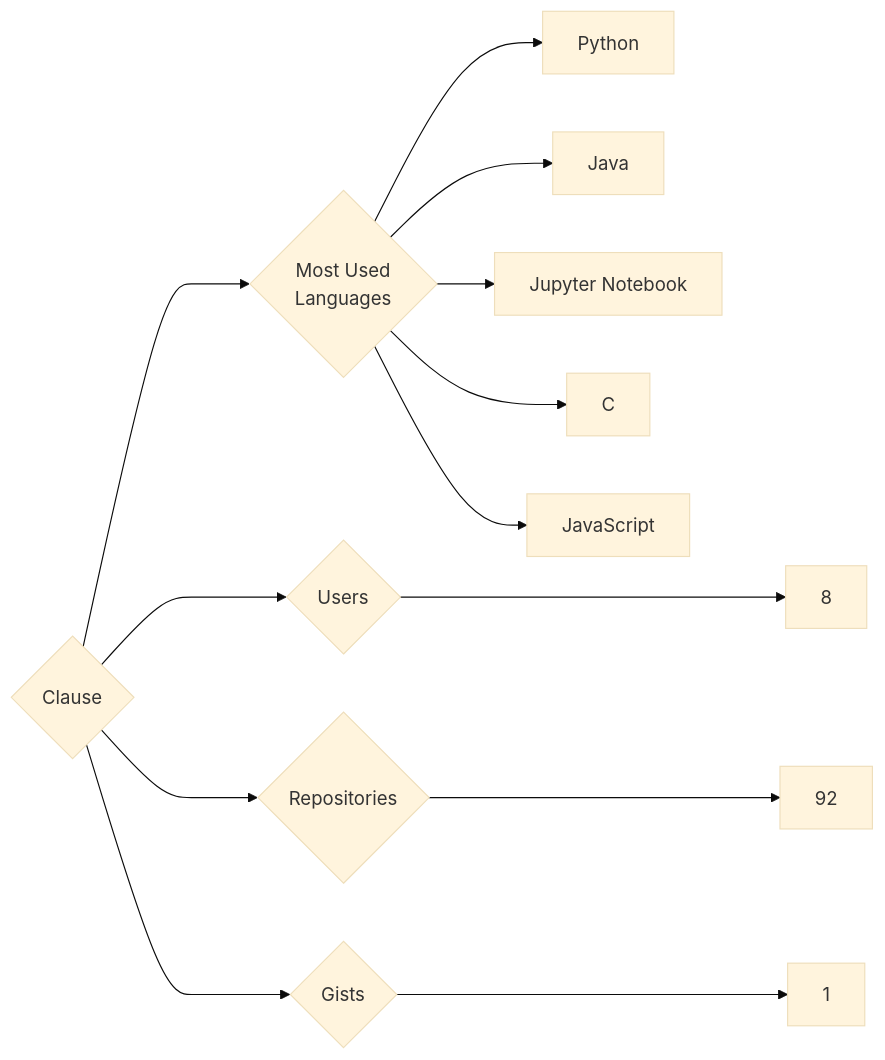
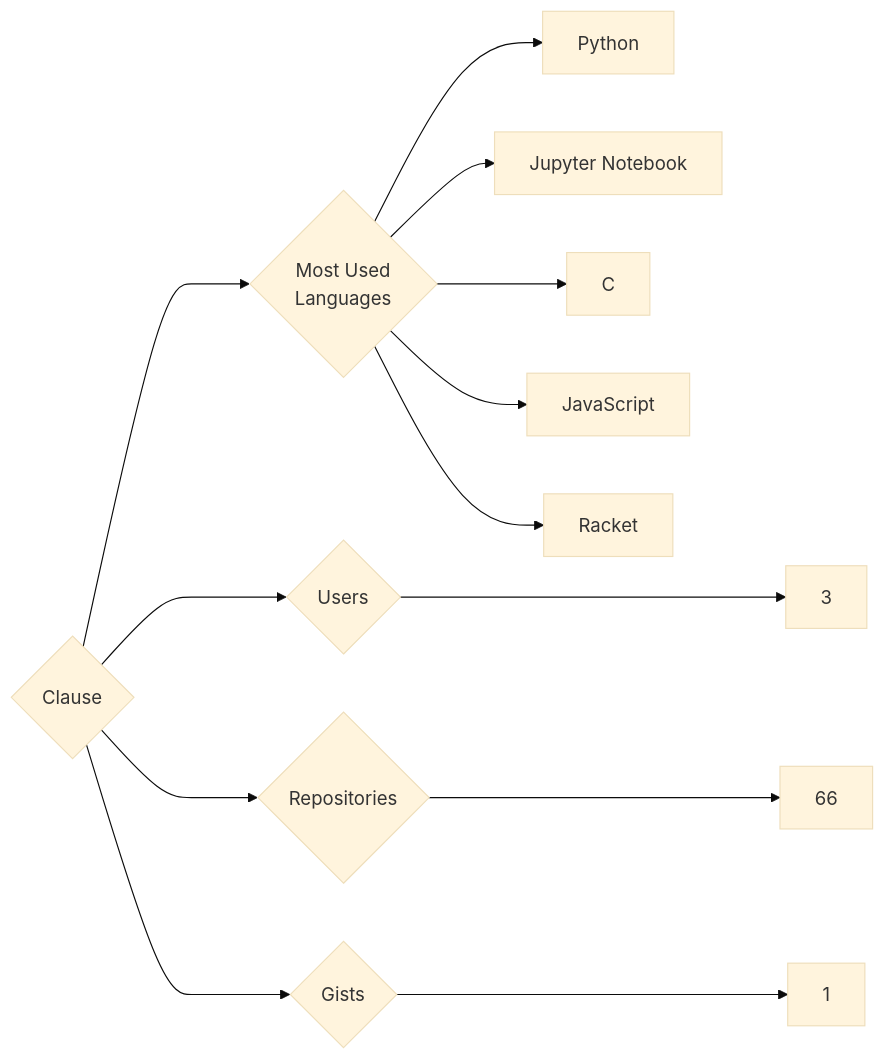
The diagram in targets/Clause/README.md (trickest/insiders), drawn with Mermaid (base theme) before and after one commit. The commit also changed 1055 other files, not shown here.

````diff
--- a/targets/Clause/README.md
+++ b/targets/Clause/README.md
@@ -3,13 +3,13 @@
 ```mermaid
 graph LR
 COMPANY_NAME{Clause}
-COMPANY_NAME ---> U{Users} ---> UN[8]
-COMPANY_NAME ---> R{Repositories} ---> RN[92]
+COMPANY_NAME ---> U{Users} ---> UN[3]
+COMPANY_NAME ---> R{Repositories} ---> RN[66]
 COMPANY_NAME ---> G{Gists} ---> GN[1]
 COMPANY_NAME ---> ML{Most Used<br>Languages}
 ML --> Python[Python]
-ML --> Java[Java]
 ML --> Jupyter_Notebook[Jupyter Notebook]
 ML --> C[C]
 ML --> JavaScript[JavaScript]
+ML --> Racket[Racket]
 ```
````
